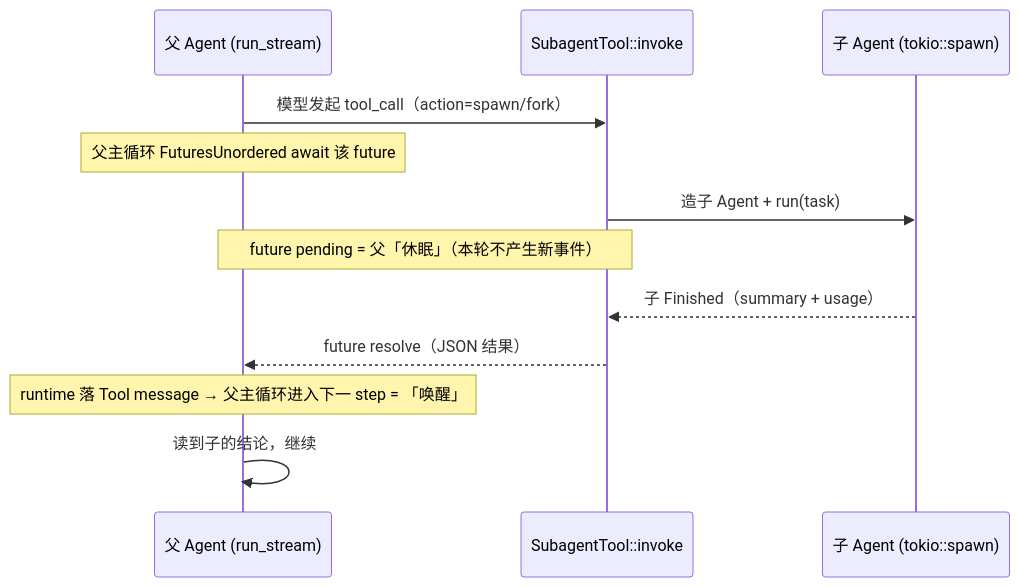
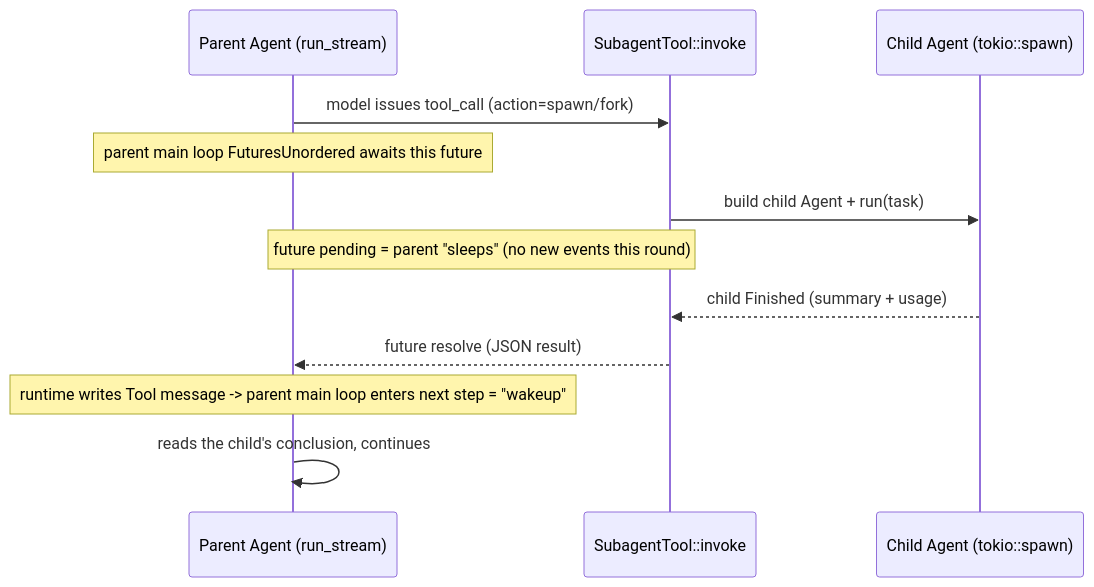
Before and after one commit to Seann0824/Shirley: the first of 2 diagrams in docs/subagent.md, drawn with Mermaid. The commit also changed other lines of this file and 131 other files, not shown here.

````diff
--- a/docs/subagent.md
+++ b/docs/subagent.md
@@ -89,14 +104,14 @@
 ```mermaid
 sequenceDiagram
-    participant P as 父 Agent (run_stream)
+    participant P as Parent Agent (run_stream)
     participant T as SubagentTool::invoke
-    participant S as 子 Agent (tokio::spawn)
-    P->>T: 模型发起 tool_call（action=spawn/fork）
-    Note over P: 父主循环 FuturesUnordered await 该 future
-    T->>S: 造子 Agent + run(task)
-    Note over P,T: future pending = 父「休眠」（本轮不产生新事件）
-    S-->>T: 子 Finished（summary + usage）
-    T-->>P: future resolve（JSON 结果）
-    Note over P: runtime 落 Tool message → 父主循环进入下一 step = 「唤醒」
-    P->>P: 读到子的结论，继续
+    participant S as Child Agent (tokio::spawn)
+    P->>T: model issues tool_call (action=spawn/fork)
+    Note over P: parent main loop FuturesUnordered awaits this future
+    T->>S: build child Agent + run(task)
+    Note over P,T: future pending = parent "sleeps" (no new events this round)
+    S-->>T: child Finished (summary + usage)
+    T-->>P: future resolve (JSON result)
+    Note over P: runtime writes Tool message -> parent main loop enters next step = "wakeup"
+    P->>P: reads the child's conclusion, continues
 ```
````
